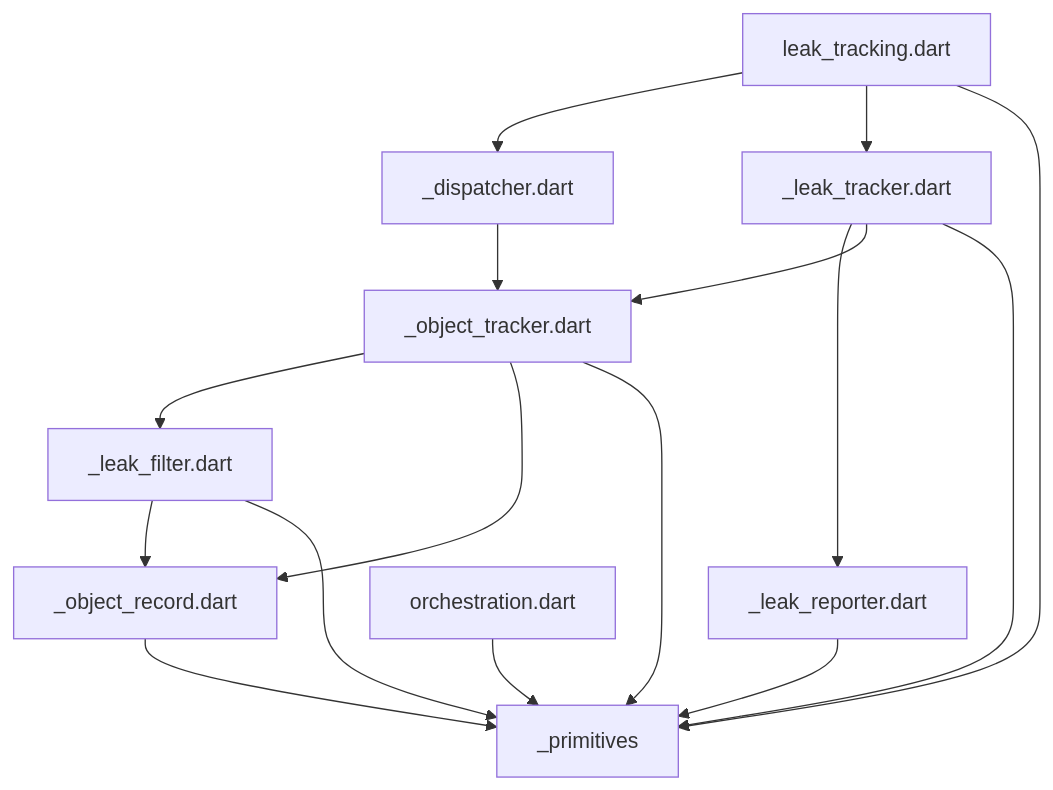
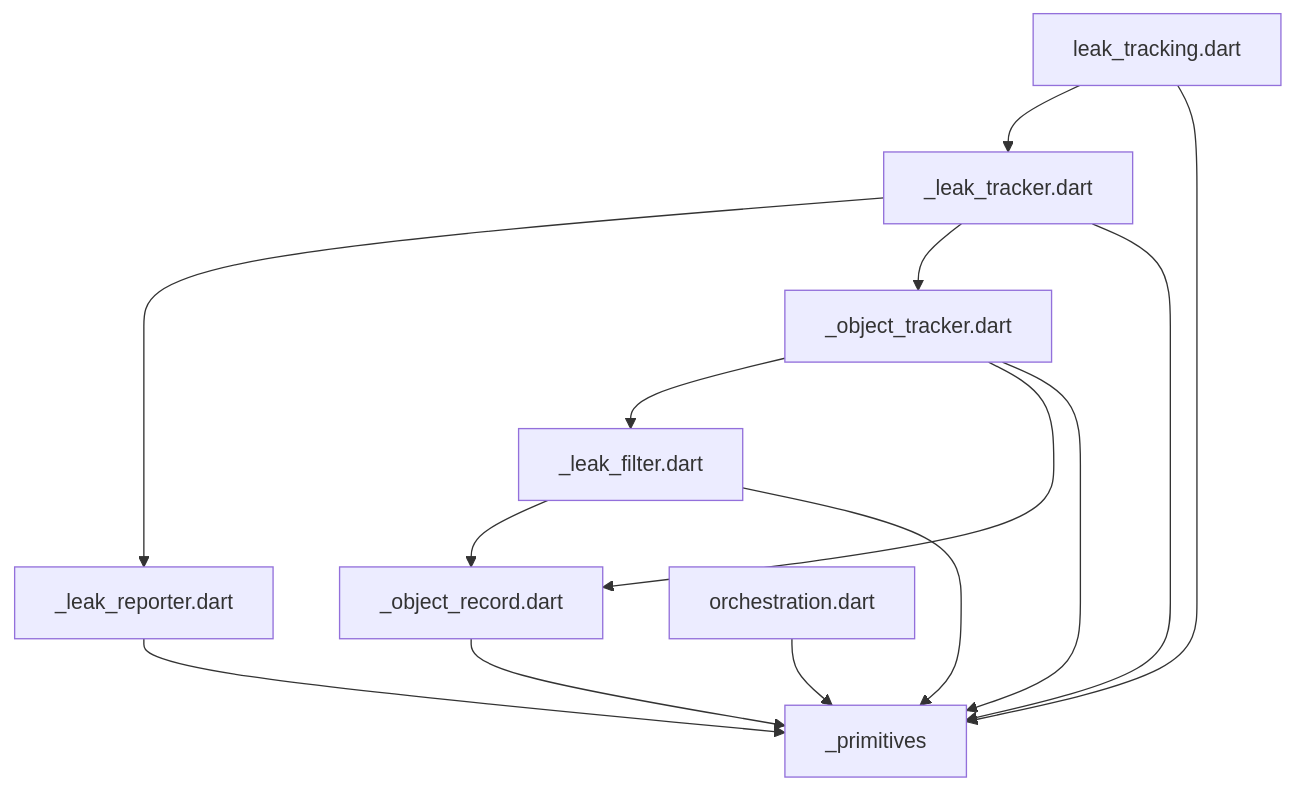
One commit to dart-lang/leak_tracker changed the diagram in pkgs/leak_tracker/lib/src/leak_tracking/DEPENDENCIES.md. Above: the diagram before and after it, drawn with Mermaid. The commit also changed 5 other files, not shown here.

````diff
--- a/pkgs/leak_tracker/lib/src/leak_tracking/DEPENDENCIES.md
+++ b/pkgs/leak_tracker/lib/src/leak_tracking/DEPENDENCIES.md
@@ -6,18 +6,16 @@
 ```mermaid
 flowchart TD;
-_dispatcher.dart-->_object_tracker.dart;
 _leak_filter.dart-->_object_record.dart;
 _leak_filter.dart-->_primitives;
 _leak_reporter.dart-->_primitives;
 _leak_tracker.dart-->_leak_reporter.dart;
 _leak_tracker.dart-->_object_tracker.dart;
 _leak_tracker.dart-->_primitives;
 _object_record.dart-->_primitives;
 _object_tracker.dart-->_leak_filter.dart;
 _object_tracker.dart-->_object_record.dart;
 _object_tracker.dart-->_primitives;
-leak_tracking.dart-->_dispatcher.dart;
 leak_tracking.dart-->_leak_tracker.dart;
 leak_tracking.dart-->_primitives;
 orchestration.dart-->_primitives;
 ```
````
